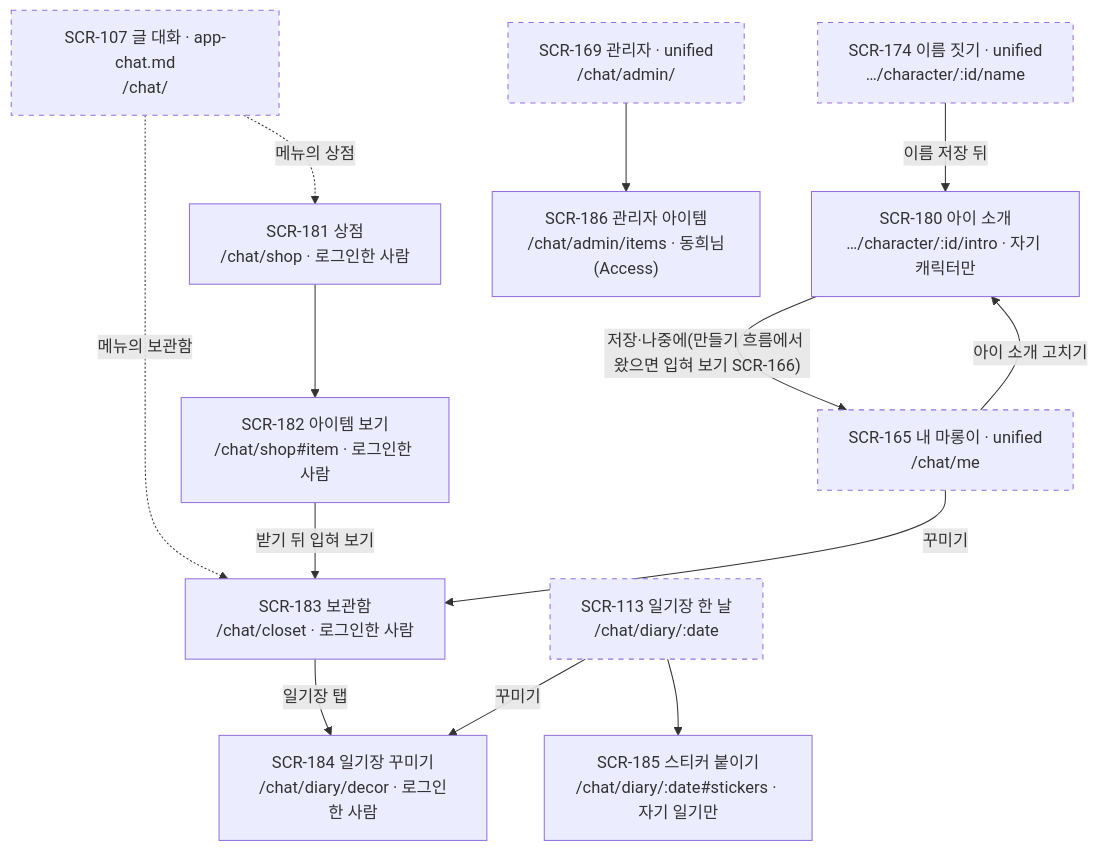
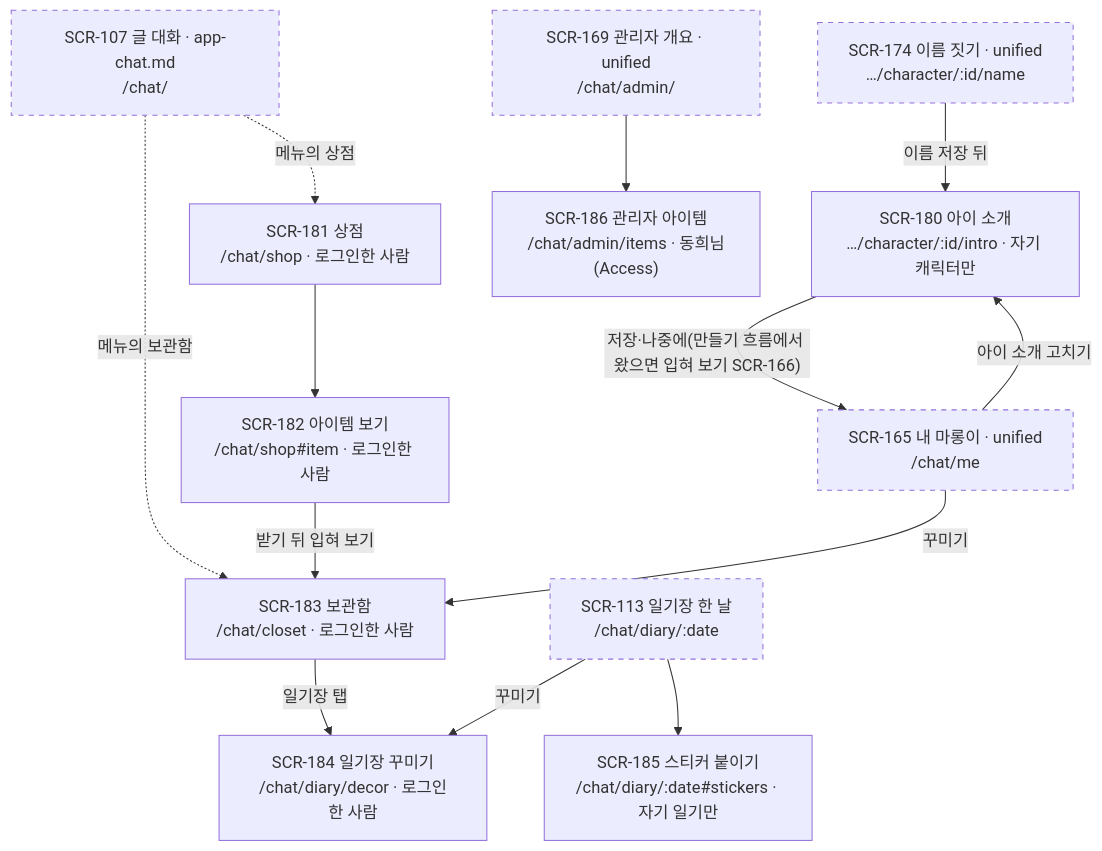
Before and after one commit to kodonghui/marong2: the third of 5 diagrams in docs/07-sitemap/sitemap.md, drawn with Mermaid. The commit also changed other lines of this file and 29 other files, not shown here.

````diff
--- a/docs/07-sitemap/sitemap.md
+++ b/docs/07-sitemap/sitemap.md
@@ -192,17 +192,17 @@
 ```mermaid
 flowchart TD
   SCR107["SCR-107 글 대화 · app-chat.md<br/>/chat/"] -.->|메뉴의 상점| P181["SCR-181 상점<br/>/chat/shop · 로그인한 사람"]
   SCR107 -.->|메뉴의 보관함| P183["SCR-183 보관함<br/>/chat/closet · 로그인한 사람"]
   U174["SCR-174 이름 짓기 · unified<br/>…/character/:id/name"] -->|이름 저장 뒤| P180["SCR-180 아이 소개<br/>…/character/:id/intro · 자기 캐릭터만"]
   U165["SCR-165 내 마롱이 · unified<br/>/chat/me"] -->|아이 소개 고치기| P180
   P180 -->|"저장·나중에(만들기 흐름에서 왔으면 입혀 보기 SCR-166)"| U165
   P181 --> P182["SCR-182 아이템 보기<br/>/chat/shop#item · 로그인한 사람"]
   P182 -->|받기 뒤 입혀 보기| P183
   U165 -->|꾸미기| P183
   P183 -->|일기장 탭| P184["SCR-184 일기장 꾸미기<br/>/chat/diary/decor · 로그인한 사람"]
   SCR113["SCR-113 일기장 한 날<br/>/chat/diary/:date"] --> P185["SCR-185 스티커 붙이기<br/>/chat/diary/:date#stickers · 자기 일기만"]
   SCR113 -->|꾸미기| P184
-  U169["SCR-169 관리자 · unified<br/>/chat/admin/"] --> P186["SCR-186 관리자 아이템<br/>/chat/admin/items · 동희님(Access)"]
+  U169["SCR-169 관리자 개요 · unified<br/>/chat/admin/"] --> P186["SCR-186 관리자 아이템<br/>/chat/admin/items · 동희님(Access)"]
   classDef outside stroke-dasharray: 5 5
   class SCR107,U174,U165,SCR113,U169 outside
 ```
````
